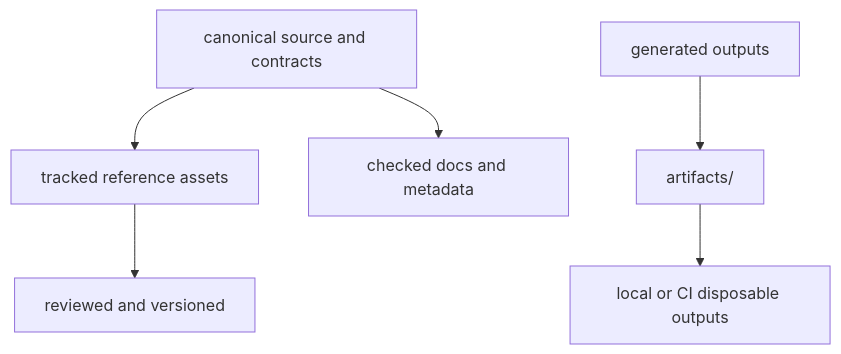
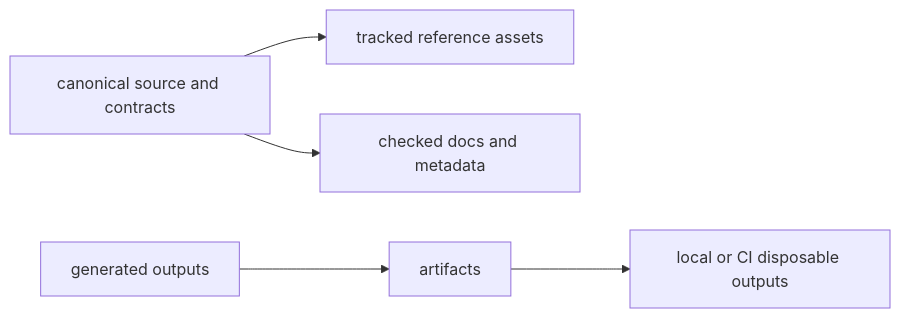
Before and after one commit to bijux/bijux-cli: the diagram in docs/bijux-core/operations/artifact-governance.md, drawn with Mermaid. The commit also changed other lines of this file, not shown here.

````diff
--- a/docs/bijux-core/operations/artifact-governance.md
+++ b/docs/bijux-core/operations/artifact-governance.md
@@ -15,9 +21,7 @@
 ```mermaid
-flowchart TD
-    source[canonical source and contracts]
-    source --> tracked[tracked reference assets]
-    source --> docs[checked docs and metadata]
-    tracked --> review[reviewed and versioned]
-    generated[generated outputs] --> artifacts[artifacts/]
-    artifacts --> disposable[local or CI disposable outputs]
+flowchart LR
+    source["canonical source and contracts"] --> tracked["tracked reference assets"]
+    source --> docs["checked docs and metadata"]
+    generated["generated outputs"] --> artifacts["artifacts"]
+    artifacts --> disposable["local or CI disposable outputs"]
 ```
````
